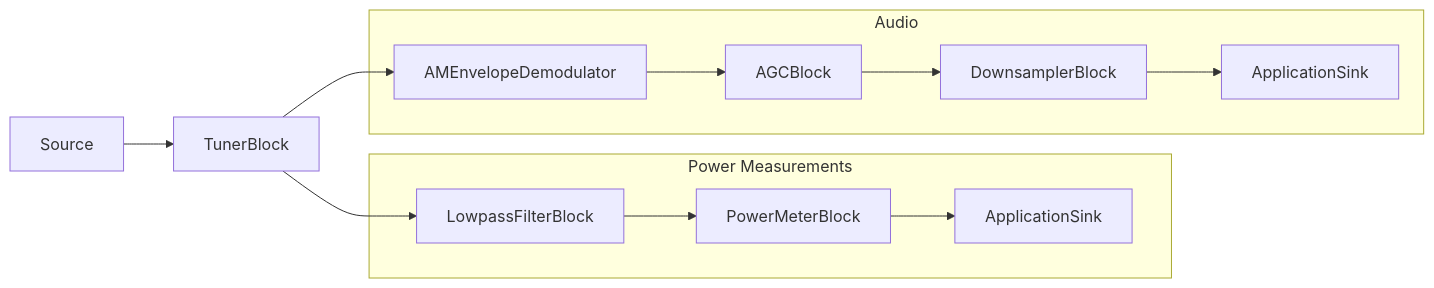
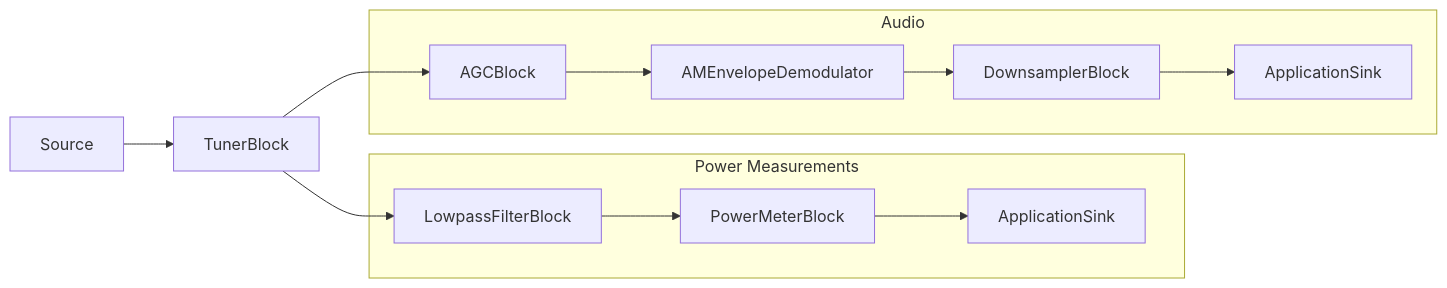
One commit to vsergeev/radfly changed the diagram in README.md. Above: the diagram before and after it, drawn with Mermaid. The commit also changed other lines of this file, not shown here.

Commit message:
update design flowgraph in readme

````diff
--- a/README.md
+++ b/README.md
@@ -91,15 +92,15 @@
 ```mermaid
 flowchart LR
     A[Source] --> B[TunerBlock]
     B --> G[LowpassFilterBlock]
     subgraph s2 [Power Measurements]
     G --> H[PowerMeterBlock]
     H --> I[ApplicationSink]
     end
-    B --> C[AMEnvelopeDemodulator]
+    B --> C[AGCBlock]
     subgraph s1 [Audio]
-    C --> D[AGCBlock]
+    C --> D[AMEnvelopeDemodulator]
     D --> E[DownsamplerBlock]
     E --> F[ApplicationSink]
     end
 ```
````
